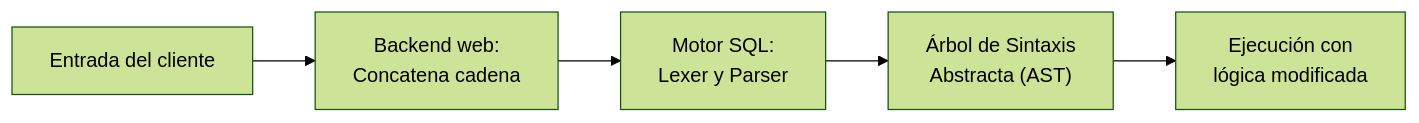
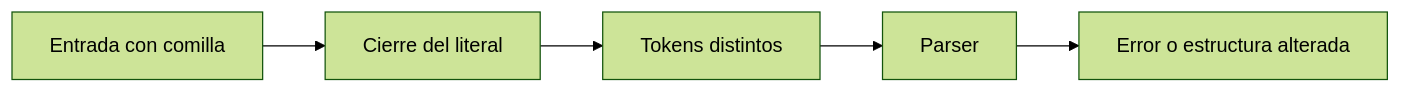
Before and after one commit to purpesec/Cybersecurity-For-Beginners: the third of 8 diagrams in pentesting-web/02-sql-injection/02-subversion-logica/README.md, drawn with Mermaid (forest theme). The commit also changed other lines of this file and 8 other files, not shown here.

````diff
--- a/pentesting-web/02-sql-injection/02-subversion-logica/README.md
+++ b/pentesting-web/02-sql-injection/02-subversion-logica/README.md
@@ -14,7 +83,7 @@
 ```mermaid
 flowchart LR
-    A["Entrada del cliente"] --> B["Backend web:\nConcatena cadena"]
-    B --> C["Motor SQL:\nLexer y Parser"]
-    C --> D["Árbol de Sintaxis\nAbstracta (AST)"]
-    D --> E["Ejecución con\nlógica modificada"]
+    A[Entrada con comilla] --> B[Cierre del literal]
+    B --> C[Tokens distintos]
+    C --> D[Parser]
+    D --> E[Error o estructura alterada]
 ```
````
